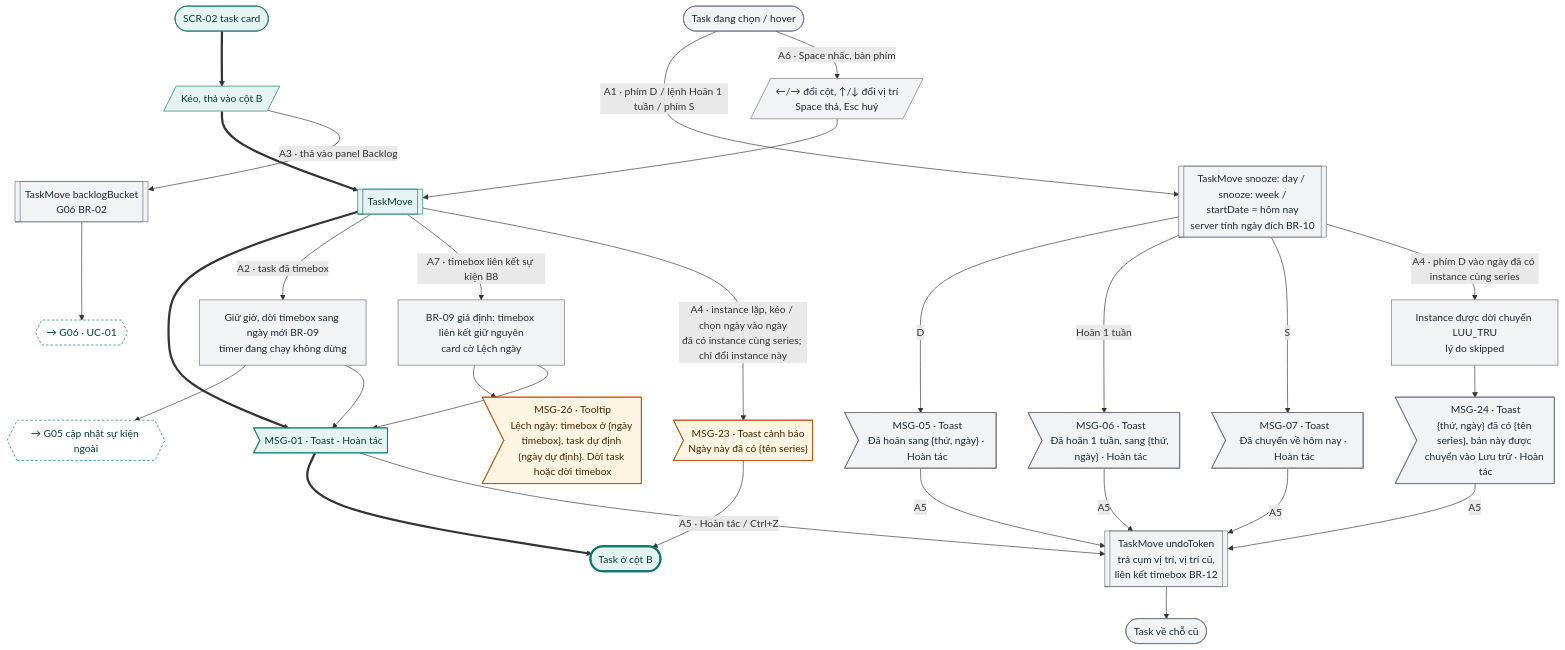
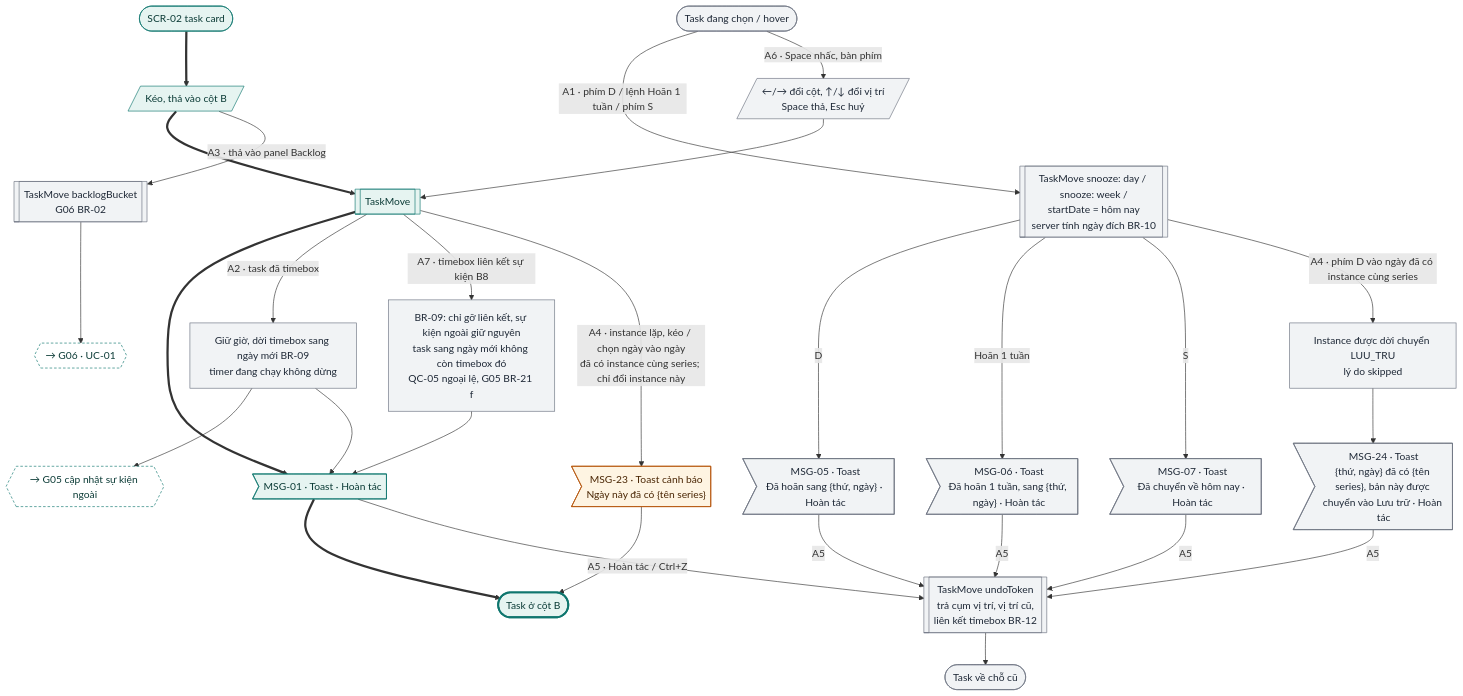
One commit to tannguyenho/personal-app changed the seventh of 19 diagrams in docs/design-brief/flow/g04-board-ngay.md. Above: the diagram before and after it, drawn with Mermaid. The commit also changed other lines of this file and 6 other files, not shown here.

First line of the commit message:
docs: timebox liên kết sự kiện chỉ gỡ liên kết ở mọi đường (QC-05, B8)

````diff
--- a/docs/design-brief/flow/g04-board-ngay.md
+++ b/docs/design-brief/flow/g04-board-ngay.md
@@ -281,49 +281,48 @@
 ```mermaid
 flowchart TD
   s0(["SCR-02 task card"])
   u1[/"Kéo, thả vào cột B"/]
   p1[["TaskMove"]]
   m1>"MSG-01 · Toast · Hoàn tác"]
   ok(["Task ở cột B"])
   s0 ==> u1 ==> p1 ==> m1 ==> ok
 
   start2(["Task đang chọn / hover"]) -->|"A1 · phím D / lệnh Hoãn 1 tuần / phím S"| a1[["TaskMove snooze: day / snooze: week /<br/>startDate = hôm nay<br/>server tính ngày đích BR-10"]]
   a1 -->|"D"| a1d>"MSG-05 · Toast<br/>Đã hoãn sang {thứ, ngày} · Hoàn tác"]
   a1 -->|"Hoãn 1 tuần"| a1w>"MSG-06 · Toast<br/>Đã hoãn 1 tuần, sang {thứ, ngày} · Hoàn tác"]
   a1 -->|"S"| a1s>"MSG-07 · Toast<br/>Đã chuyển về hôm nay · Hoàn tác"]
   start2 -->|"A6 · Space nhấc, bàn phím"| a6[/"←/→ đổi cột, ↑/↓ đổi vị trí<br/>Space thả, Esc huỷ"/]
   a6 --> p1
   u1 -->|"A3 · thả vào panel Backlog"| a3[["TaskMove backlogBucket<br/>G06 BR-02"]]
   a3 --> a3x{{"→ G06 · UC-01"}}
   p1 -->|"A2 · task đã timebox"| a2["Giữ giờ, dời timebox sang ngày mới BR-09<br/>timer đang chạy không dừng"]
   a2 --> a2x{{"→ G05 cập nhật sự kiện ngoài"}}
   a2 --> m1
-  p1 -->|"A7 · timebox liên kết sự kiện B8"| a7["BR-09 giả định: timebox liên kết giữ nguyên<br/>card cờ Lệch ngày"]
-  a7 --> a7m>"MSG-26 · Tooltip<br/>Lệch ngày: timebox ở {ngày timebox}, task dự định {ngày dự định}. Dời task hoặc dời timebox"]
+  p1 -->|"A7 · timebox liên kết sự kiện B8"| a7["BR-09: chỉ gỡ liên kết, sự kiện ngoài giữ nguyên<br/>task sang ngày mới không còn timebox đó<br/>QC-05 ngoại lệ, G05 BR-21 f"]
   a7 --> m1
   p1 -->|"A4 · instance lặp, kéo / chọn ngày vào ngày<br/>đã có instance cùng series; chỉ đổi instance này"| a4m>"MSG-23 · Toast cảnh báo<br/>Ngày này đã có {tên series}"]
   a4m --> ok
   a1 -->|"A4 · phím D vào ngày đã có instance cùng series"| a4d["Instance được dời chuyển LUU_TRU<br/>lý do skipped"]
   a4d --> a4dm>"MSG-24 · Toast<br/>{thứ, ngày} đã có {tên series}, bản này được chuyển vào Lưu trữ · Hoàn tác"]
   m1 -->|"A5 · Hoàn tác / Ctrl+Z"| a5[["TaskMove undoToken<br/>trả cụm vị trí, vị trí cũ,<br/>liên kết timebox BR-12"]]
   a1d -->|"A5"| a5
   a1w -->|"A5"| a5
   a1s -->|"A5"| a5
   a4dm -->|"A5"| a5
   a5 --> a5e(["Task về chỗ cũ"])
 
   class s0,u1,p1,m1 happy
   class start2,a1,a1d,a1w,a1s,a6,a3,a2,a7,a4d,a4dm,a5,a5e alt
-  class a7m,a4m warn
+  class a4m warn
   class a3x,a2x link
   class ok done
   classDef happy fill:#E6F4F1,stroke:#0F766E,color:#0B3B36
   classDef alt fill:#F1F3F5,stroke:#6B7280,color:#1F2937
   classDef err fill:#FDECEC,stroke:#B42318,color:#5C1010
   classDef warn fill:#FEF4E2,stroke:#B45309,color:#4A2604
   classDef ai fill:#F1ECFD,stroke:#6D28D9,color:#2E1065
   classDef sync fill:#FFFFFF,stroke:#6B7280,stroke-dasharray:4 3,color:#1F2937
   classDef link fill:#FFFFFF,stroke:#0F766E,stroke-dasharray:4 3,color:#0B3B36
   classDef done fill:#E6F4F1,stroke:#0F766E,stroke-width:3px,color:#0B3B36
   classDef fail fill:#FDECEC,stroke:#B42318,stroke-width:3px,color:#5C1010
 ```
````
